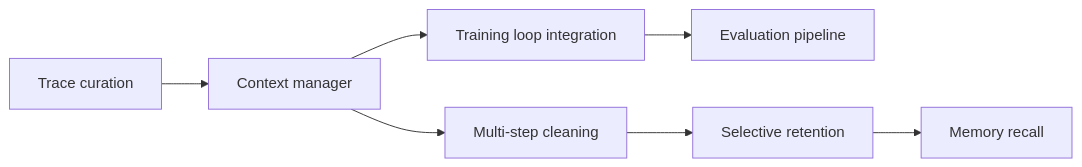
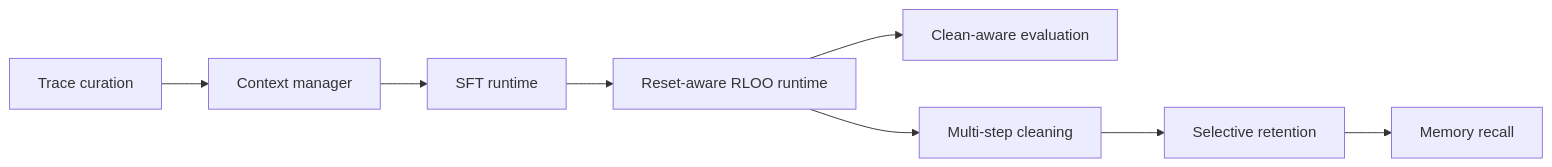
One commit to shrijacked/learning-to-reset changed the second of 2 diagrams in docs/project-plan.md. Above: the diagram before and after it, drawn with Mermaid. The commit also changed other lines of this file and 5 other files, not shown here.

````diff
--- a/docs/project-plan.md
+++ b/docs/project-plan.md
@@ -29,9 +29,10 @@
 ```mermaid
 flowchart LR
     P1["Trace curation"] --> P2["Context manager"]
-    P2 --> P3["Training loop integration"]
-    P3 --> P4["Evaluation pipeline"]
-    P2 --> E1["Multi-step cleaning"]
+    P2 --> P3["SFT runtime"]
+    P3 --> P4["Reset-aware RLOO runtime"]
+    P4 --> P5["Clean-aware evaluation"]
+    P4 --> E1["Multi-step cleaning"]
     E1 --> E2["Selective retention"]
     E2 --> E3["Memory recall"]
 ```
````
